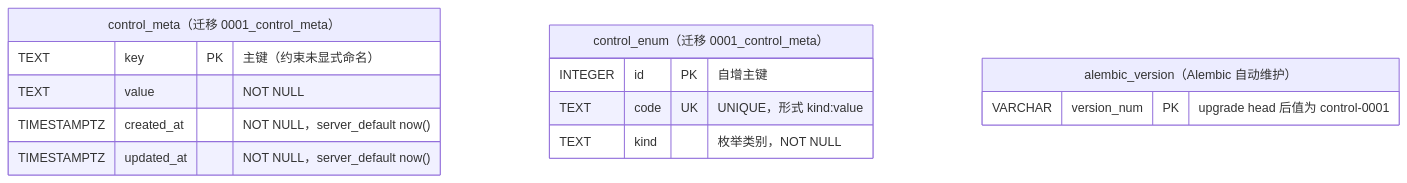
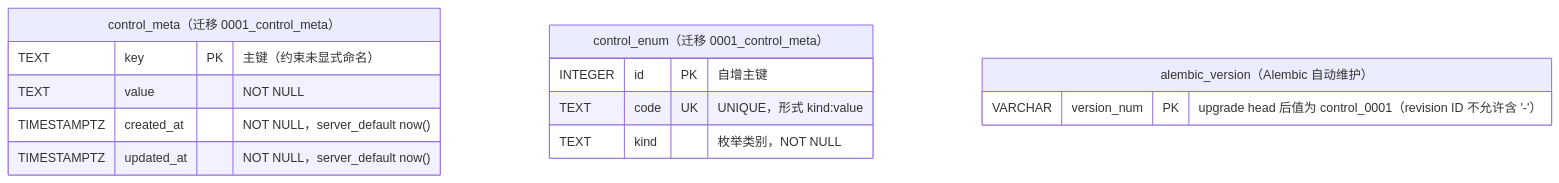
The second of 2 diagrams in docs/er-diagram.md (nihcya/warehouseAnalysis), drawn with Mermaid before and after one commit. The commit also changed other lines of this file and 3 other files, not shown here.

First line of the commit message:
fix(migration): rename control-plane revision id to control_0001

````diff
--- a/docs/er-diagram.md
+++ b/docs/er-diagram.md
@@ -81,17 +81,17 @@
 ```mermaid
 erDiagram
     control_meta["control_meta（迁移 0001_control_meta）"] {
         TEXT key PK "主键（约束未显式命名）"
         TEXT value "NOT NULL"
         TIMESTAMPTZ created_at "NOT NULL，server_default now()"
         TIMESTAMPTZ updated_at "NOT NULL，server_default now()"
     }
     control_enum["control_enum（迁移 0001_control_meta）"] {
         INTEGER id PK "自增主键"
         TEXT code UK "UNIQUE，形式 kind:value"
         TEXT kind "枚举类别，NOT NULL"
     }
     alembic_version["alembic_version（Alembic 自动维护）"] {
-        VARCHAR version_num PK "upgrade head 后值为 control-0001"
+        VARCHAR version_num PK "upgrade head 后值为 control_0001（revision ID 不允许含 '-'）"
     }
 ```
````
